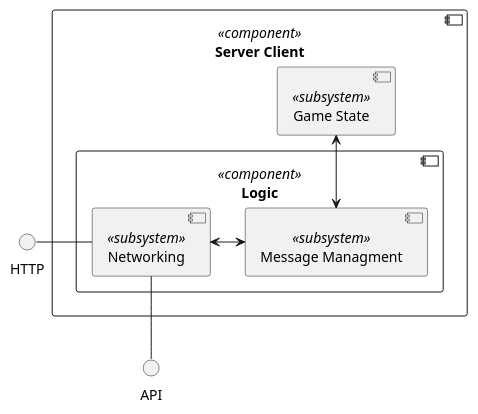
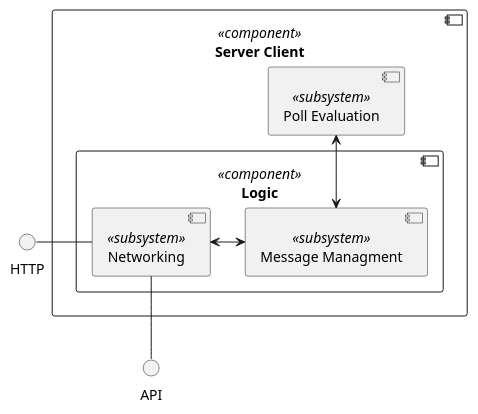
One commit to Brotenko/QualityQuest changed the diagram in Docs/Sonstiges/architecture design/docs/diagrams/ServerClientComponentDiagram.puml. Above: the diagram before and after it, drawn with PlantUML. The commit also changed 14 other files, not shown here.

```diff
--- a/Docs/Sonstiges/architecture design/docs/diagrams/ServerClientComponentDiagram.puml
+++ b/Docs/Sonstiges/architecture design/docs/diagrams/ServerClientComponentDiagram.puml
@@ -1,19 +1,19 @@
 @startuml
 () "HTTP" as http
 () "API" as api
 
 component "Server Client" <<component>> as server{
 component "Logic" <<component>> as logic{
     [Networking] <<subsystem>> as network
     [Message Managment] <<subsystem>> as message
 }
-    [Game State] <<subsystem>> as game
+    [Poll Evaluation] <<subsystem>> as pe
 }
 http -right- network
 
 
-game <-down-> message
+pe <-down-> message
 network <-> message
 
 api -up- network
 @enduml
```
